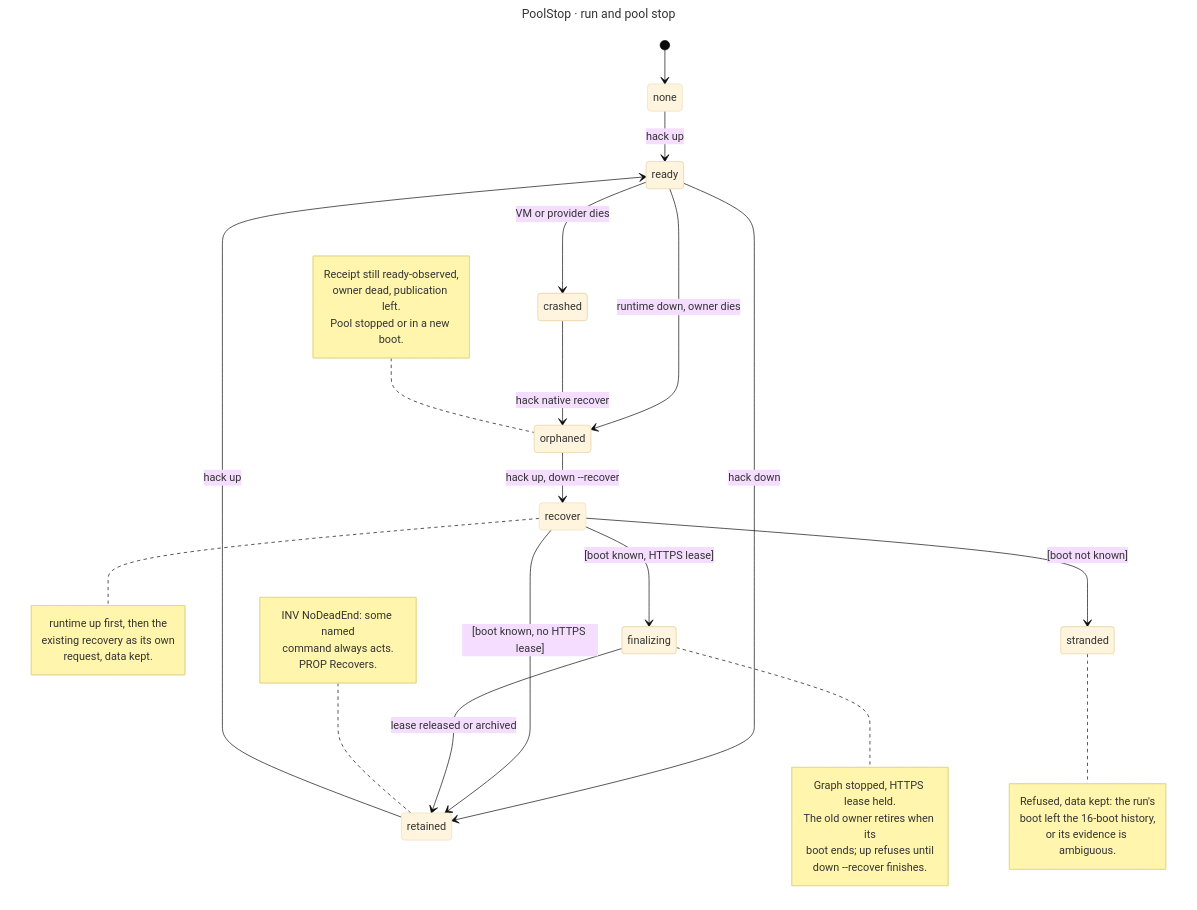
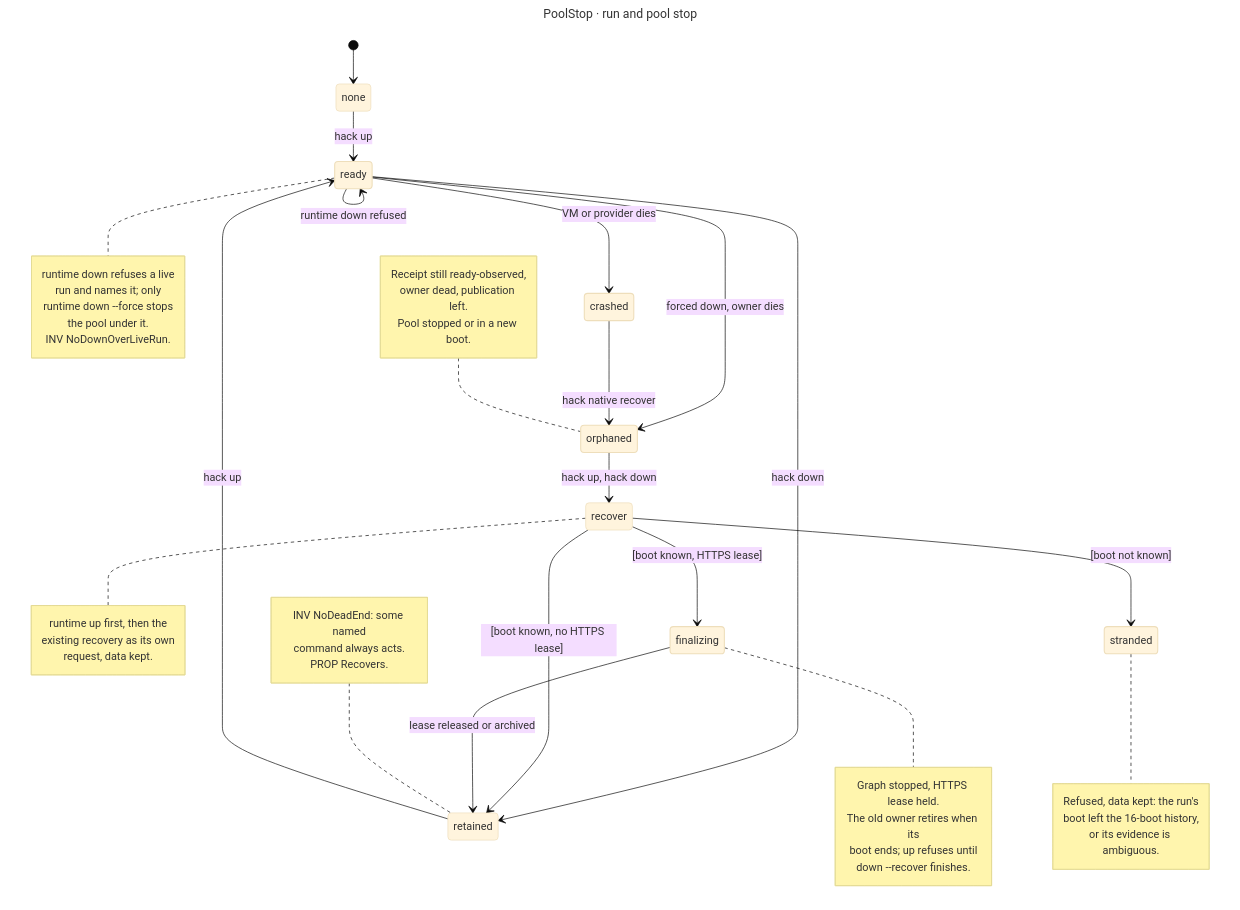
The diagram in docs/diagrams/native-pool-stop.mmd (hack-dance/hack), drawn with Mermaid (base theme) before and after one commit. The commit also changed 48 other files, not shown here.

First line of the commit message:
fix(native): runtime down refuses while project runs are live, --force stops anyway (HACK-2477)

```diff
--- a/docs/diagrams/native-pool-stop.mmd
+++ b/docs/diagrams/native-pool-stop.mmd
@@ -1,55 +1,63 @@
 ---
 title: PoolStop · run and pool stop
 ---
 stateDiagram-v2
     direction TB
     classDef ok stroke-width:1.6px
     classDef wait stroke-width:1.6px
     classDef fail stroke-width:1.6px
 
     [*] --> none
     none --> ready : hack up
     retained --> ready : hack up
     ready --> retained : hack down
-    ready --> orphaned : runtime down, owner dies
+    ready --> ready : runtime down refused
+    ready --> orphaned : forced down, owner dies
     ready --> crashed : VM or provider dies
     crashed --> orphaned : hack native recover
-    orphaned --> recover : hack up, down --recover
+    orphaned --> recover : hack up, hack down
     state recover <<choice>>
     recover --> retained : [boot known, no HTTPS lease]
     recover --> finalizing : [boot known, HTTPS lease]
     recover --> stranded : [boot not known]
     finalizing --> retained : lease released or archived
 
+    note right of ready
+        runtime down refuses a live
+        run and names it; only
+        runtime down --force stops
+        the pool under it.
+        INV NoDownOverLiveRun.
+    end note
     note left of orphaned
         Receipt still ready-observed,
         owner dead, publication left.
         Pool stopped or in a new boot.
     end note
     note right of recover
         runtime up first, then the
         existing recovery as its own
         request, data kept.
     end note
     note right of stranded
         Refused, data kept: the run's
         boot left the 16-boot history,
         or its evidence is ambiguous.
     end note
     note right of finalizing
         Graph stopped, HTTPS lease held.
         The old owner retires when its
         boot ends; up refuses until
         down --recover finishes.
     end note
     note left of retained
         INV NoDeadEnd: some named
         command always acts.
         PROP Recovers.
     end note
 
     class ready ok
     class orphaned wait
     class crashed wait
     class finalizing wait
     class stranded fail
```
